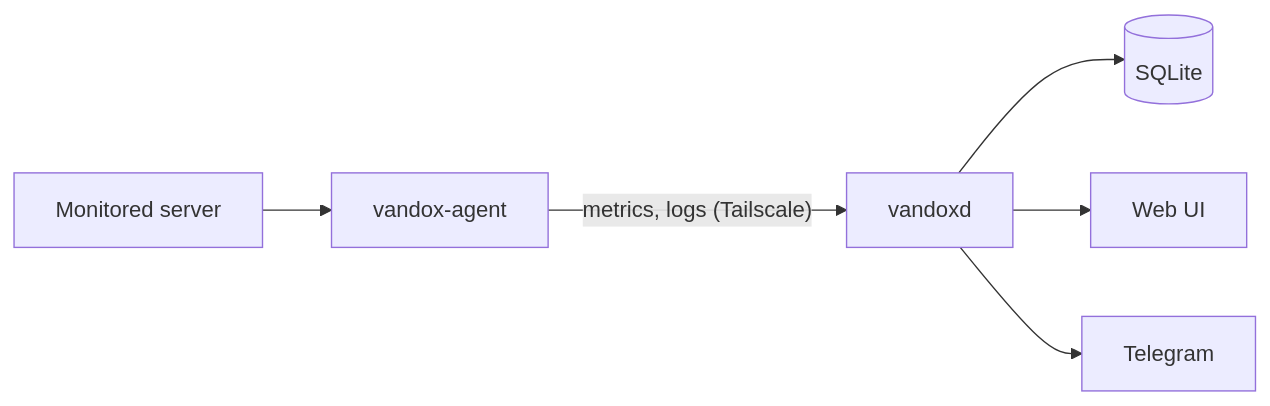
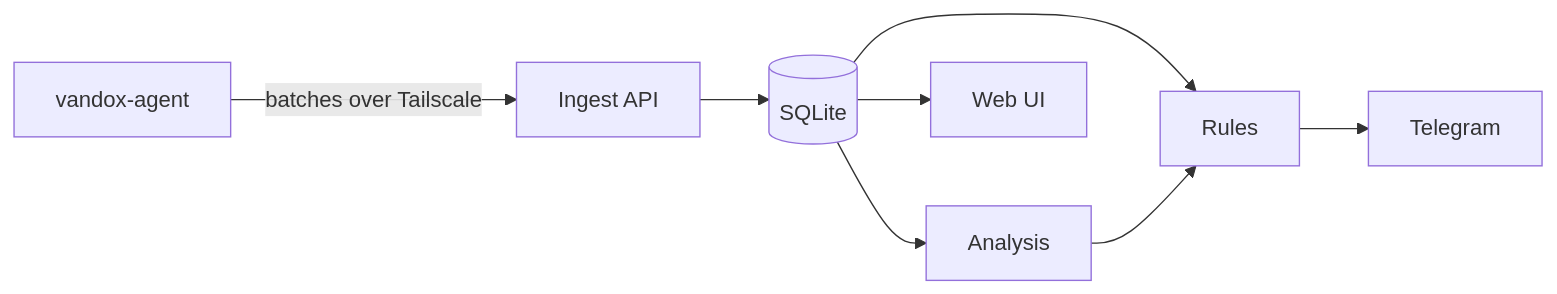
The second of 3 diagrams in docs/ARCHITECTURE.md (LarsLaskowski/Vandox), drawn with Mermaid before and after one commit. The commit also changed other lines of this file and 25 other files, not shown here.

Commit message:
[Docs] Architecture document and decision records (#94)

````diff
--- a/docs/ARCHITECTURE.md
+++ b/docs/ARCHITECTURE.md
@@ -16,8 +75,10 @@
 ```mermaid
 flowchart LR
-    S[Monitored server] --> A[vandox-agent]
-    A -- "metrics, logs (Tailscale)" --> B[vandoxd]
-    B --> D[(SQLite)]
-    B --> W[Web UI]
-    B --> T[Telegram]
+    A[vandox-agent] -- "batches over Tailscale" --> I[Ingest API]
+    I --> D[(SQLite)]
+    D --> AN[Analysis]
+    D --> R[Rules]
+    D --> W[Web UI]
+    AN --> R
+    R --> T[Telegram]
 ```
````
